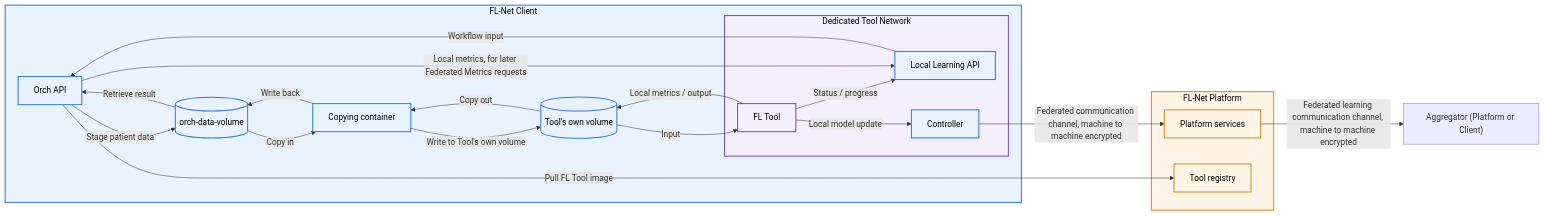
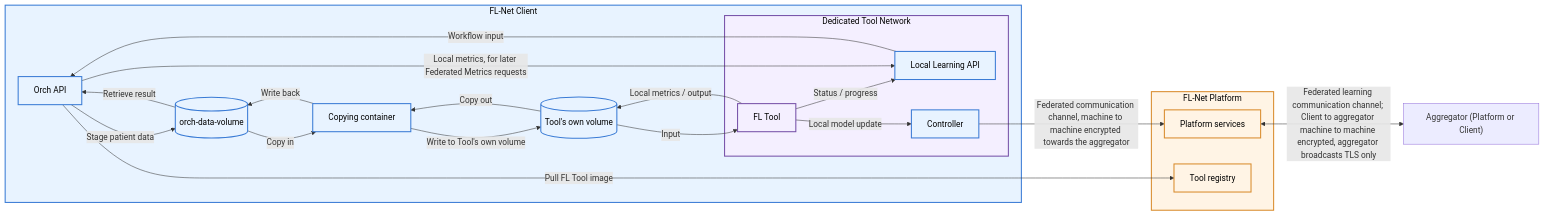
Before and after one commit to FedLearnNet/Documentation: the tenth of 12 diagrams in docs/intro/architecture/data-flow-client.md, drawn with Mermaid. The commit also changed other lines of this file and 1 other file, not shown here.

Commit message:
added mTLS to the docs

````diff
--- a/docs/intro/architecture/data-flow-client.md
+++ b/docs/intro/architecture/data-flow-client.md
@@ -420,50 +441,50 @@
 ```mermaid
 flowchart LR
     subgraph CLIENT[FL-Net Client]
         ORCH[Orch API]
         DATA[("orch-data-volume")]
         COPY["Copying container"]
         TVOL[("Tool's own volume")]
 
         subgraph TOOLNETWORK[Dedicated Tool Network]
             LLA[Local Learning API]
             CTRL[Controller]
             TOOL[FL Tool]
         end
     end
 
     subgraph PLATFORM[FL-Net Platform]
         PLATFORMNODE[Platform services]
         REG[Tool registry]
     end
     
     AGGREGATOR["Aggregator (Platform or Client)"]
 
     classDef client fill:#e8f3ff,stroke:#3a7bd5,stroke-width:2px,color:#000
     classDef toolnet fill:#f4efff,stroke:#7651a8,stroke-width:2px,color:#000
     classDef platform fill:#fff4e5,stroke:#d98b2b,stroke-width:2px,color:#000
 
     class LLA,ORCH,DATA,COPY,TVOL,CTRL client
     class TOOL toolnet
     class PLATFORMNODE,REG platform
 
     style CLIENT fill:#e8f3ff,stroke:#3a7bd5,stroke-width:2px,color:#000
     style TOOLNETWORK fill:#f4efff,stroke:#7651a8,stroke-width:2px,color:#000
     style PLATFORM fill:#fff4e5,stroke:#d98b2b,stroke-width:2px,color:#000
 
     LLA -->|Workflow input| ORCH
     ORCH -->|Pull FL Tool image| REG
     ORCH -->|Stage patient data| DATA
     DATA -->|Copy in| COPY
     COPY -->|Write to Tool's own volume| TVOL
     TVOL -->|Input| TOOL
     TOOL -->|Local model update| CTRL
-    CTRL -->|Federated communication channel, machine to machine encrypted| PLATFORMNODE
+    CTRL -->|Federated communication channel, machine to machine encrypted towards the aggregator| PLATFORMNODE
     TOOL -->|Status / progress| LLA
     TOOL -->|Local metrics / output| TVOL
     TVOL -->|Copy out| COPY
     COPY -->|Write back| DATA
     DATA -->|Retrieve result| ORCH
     ORCH -->|Local metrics, for later Federated Metrics requests| LLA
-    PLATFORMNODE -->|Federated learning communication channel, machine to machine encrypted| AGGREGATOR
+    PLATFORMNODE <-->|Federated learning communication channel; Client to aggregator machine to machine encrypted, aggregator broadcasts TLS only| AGGREGATOR
 ```
````
